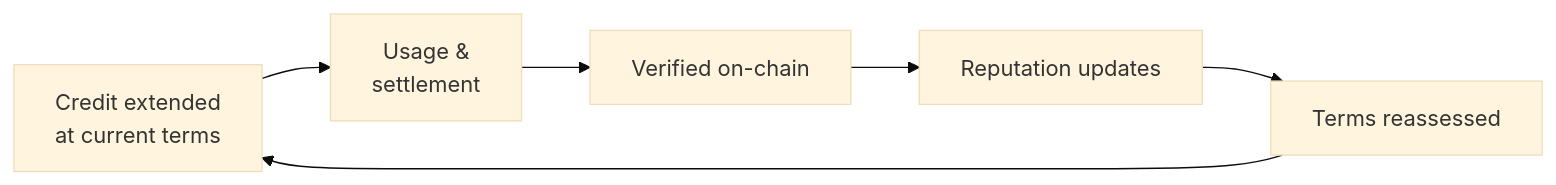
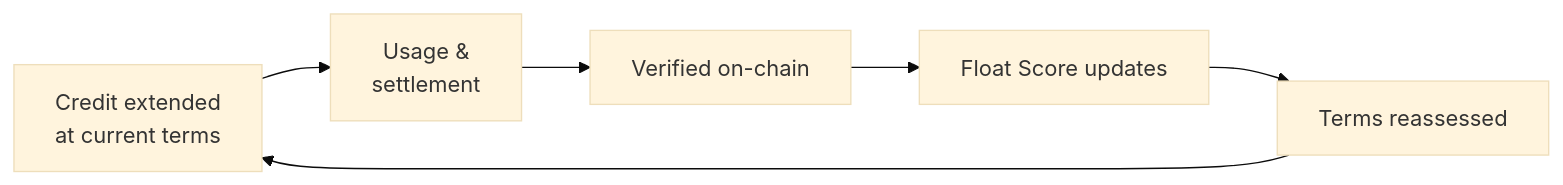
The second of 3 diagrams in src/docs/content/proof-of-concept.mdx (Samisha68/Float_website), drawn with Mermaid (base theme) before and after one commit. The commit also changed other lines of this file and 3 other files, not shown here.

````diff
--- a/src/docs/content/proof-of-concept.mdx
+++ b/src/docs/content/proof-of-concept.mdx
@@ -65,8 +62,8 @@
 ```mermaid
 flowchart LR
   A["Credit extended<br/>at current terms"] --> B["Usage &<br/>settlement"]
   B --> C["Verified on-chain"]
-  C --> D["Reputation updates"]
+  C --> D["Float Score updates"]
   D --> E["Terms reassessed"]
   E --> A
 ```
````
